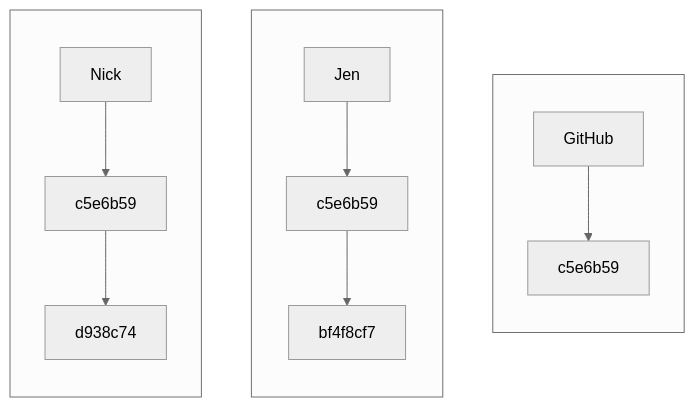
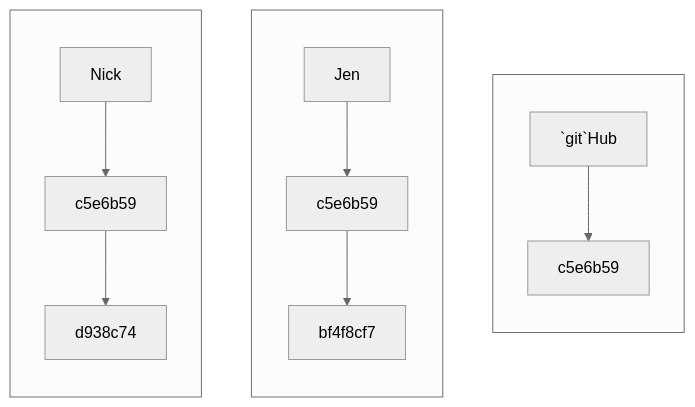
The first of 3 diagrams in _getting_started/06_Merge-Conflicts.md (Alliance-RDM-GDR/rdm-jumpstart), drawn with Mermaid (neutral theme) before and after one commit. The commit also changed other lines of this file, not shown here.

Commit message:
testing mermaid

````diff
--- a/_getting_started/06_Merge-Conflicts.md
+++ b/_getting_started/06_Merge-Conflicts.md
@@ -19,26 +19,26 @@
 ```mermaid
 flowchart TD
-   A[GitHub]
+   A[`git`Hub]
    B[Jen]
    C[Nick]
    D[c5e6b59]
    E[c5e6b59]
    F[c5e6b59]
    G[bf4f8cf7]
    H[d938c74]
 
    subgraph X[" "]
    direction TD
       A --> D
    end
 
    subgraph Y[" "]
    direction TD
       B --> E --> G
    end
 
    subgraph Z[" "]
    direction TD
       C --> F --> H 
    end
 ```
````
